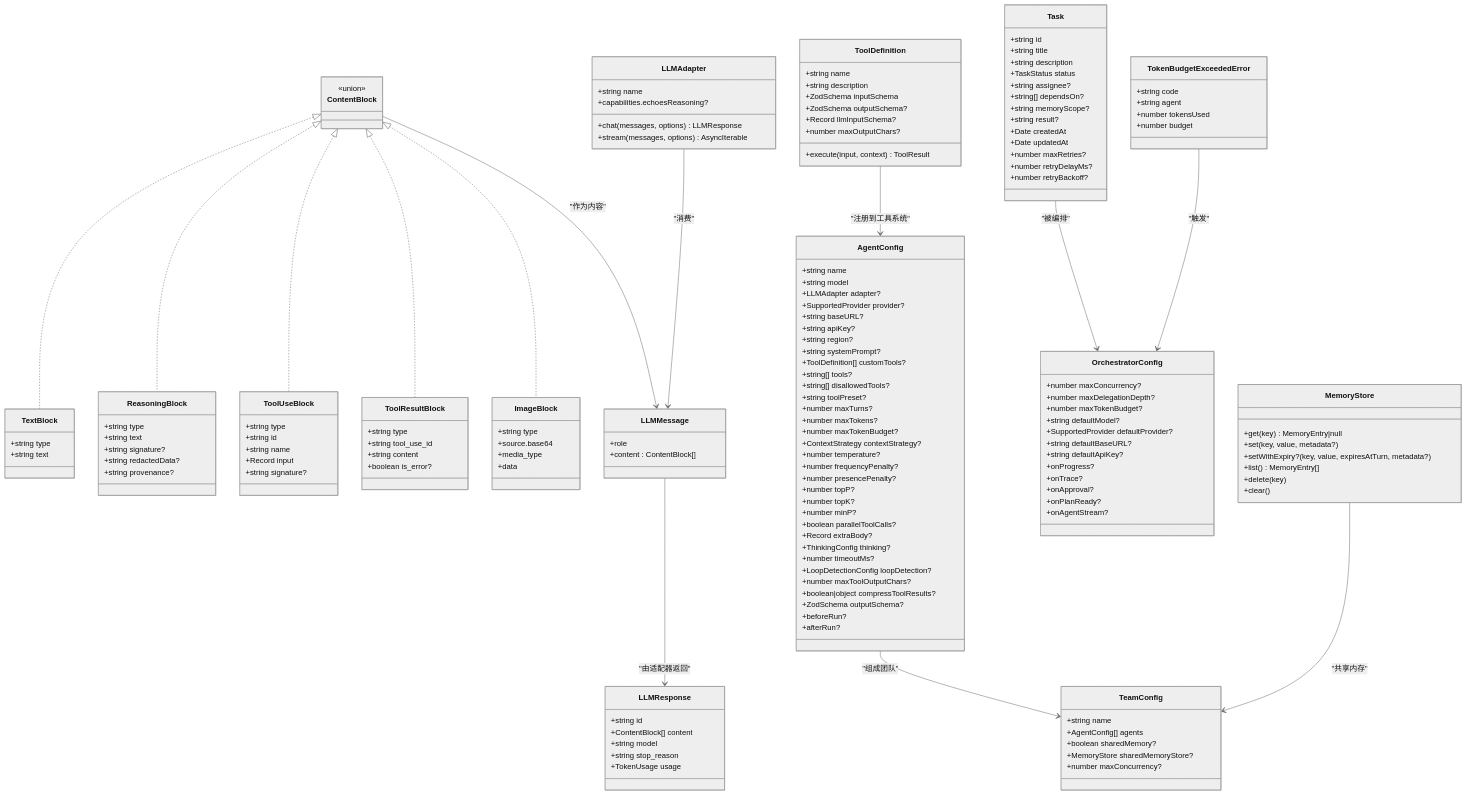
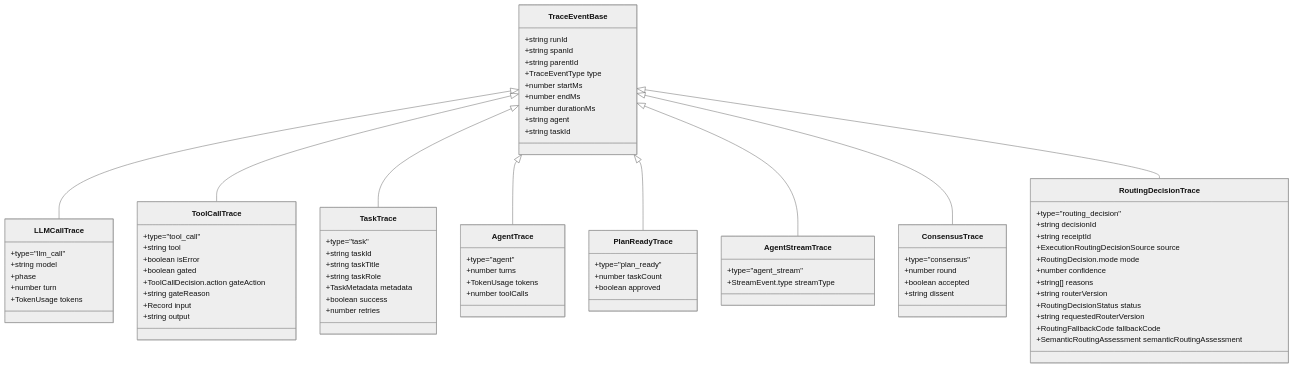
Before and after one commit to haolange/open-multi-agent: the sixth of 10 diagrams in .qoder/repowiki/zh/content/API 参考/类型定义.md, drawn with Mermaid (neutral theme). The commit also changed other lines of this file and 293 other files, not shown here.

````diff
--- a/.qoder/repowiki/zh/content/API 参考/类型定义.md
+++ b/.qoder/repowiki/zh/content/API 参考/类型定义.md
@@ -93,159 +233,83 @@
 ```mermaid
 classDiagram
-class ContentBlock {
-<<union>>
+class TraceEventBase {
++string runId
++string spanId
++string parentId
++TraceEventType type
++number startMs
++number endMs
++number durationMs
++string agent
++string taskId
 }
-class TextBlock {
-+string type
-+string text
+class LLMCallTrace {
++type="llm_call"
++string model
++phase
++number turn
++TokenUsage tokens
 }
-class ReasoningBlock {
-+string type
-+string text
-+string signature?
-+string redactedData?
-+string provenance?
+class ToolCallTrace {
++type="tool_call"
++string tool
++boolean isError
++boolean gated
++ToolCallDecision.action gateAction
++string gateReason
++Record input
++string output
 }
-class ToolUseBlock {
-+string type
-+string id
-+string name
-+Record input
-+string signature?
+class TaskTrace {
++type="task"
++string taskId
++string taskTitle
++string taskRole
++TaskMetadata metadata
++boolean success
++number retries
 }
-class ToolResultBlock {
-+string type
-+string tool_use_id
-+string content
-+boolean is_error?
+class AgentTrace {
++type="agent"
++number turns
++TokenUsage tokens
++number toolCalls
 }
-class ImageBlock {
-+string type
-+source.base64
-+media_type
-+data
+class PlanReadyTrace {
++type="plan_ready"
++number taskCount
++boolean approved
 }
-ContentBlock <|.. TextBlock
-ContentBlock <|.. ReasoningBlock
-ContentBlock <|.. ToolUseBlock
-ContentBlock <|.. ToolResultBlock
-ContentBlock <|.. ImageBlock
-class LLMMessage {
-+role
-+content : ContentBlock[]
+class AgentStreamTrace {
++type="agent_stream"
++StreamEvent.type streamType
 }
-class LLMResponse {
-+string id
-+ContentBlock[] content
-+string model
-+string stop_reason
-+TokenUsage usage
+class ConsensusTrace {
++type="consensus"
++number round
++boolean accepted
++string dissent
 }
-class ToolDefinition {
-+string name
-+string description
-+ZodSchema inputSchema
-+ZodSchema outputSchema?
-+Record llmInputSchema?
-+number maxOutputChars?
-+execute(input, context) ToolResult
+class RoutingDecisionTrace {
++type="routing_decision"
++string decisionId
++string receiptId
++ExecutionRoutingDecisionSource source
++RoutingDecision.mode mode
++number confidence
++string[] reasons
++string routerVersion
++RoutingDecisionStatus status
++string requestedRouterVersion
++RoutingFallbackCode fallbackCode
++SemanticRoutingAssessment semanticRoutingAssessment
 }
-class AgentConfig {
-+string name
-+string model
-+LLMAdapter adapter?
-+SupportedProvider provider?
-+string baseURL?
-+string apiKey?
-+string region?
-+string systemPrompt?
-+ToolDefinition[] customTools?
-+string[] tools?
-+string[] disallowedTools?
-+string toolPreset?
-+number maxTurns?
-+number maxTokens?
-+number maxTokenBudget?
-+ContextStrategy contextStrategy?
-+number temperature?
-+number frequencyPenalty?
-+number presencePenalty?
-+number topP?
-+number topK?
-+number minP?
-+boolean parallelToolCalls?
-+Record extraBody?
-+ThinkingConfig thinking?
-+number timeoutMs?
-+LoopDetectionConfig loopDetection?
-+number maxToolOutputChars?
-+boolean|object compressToolResults?
-+ZodSchema outputSchema?
-+beforeRun?
-+afterRun?
-}
-class TeamConfig {
-+string name
-+AgentConfig[] agents
-+boolean sharedMemory?
-+MemoryStore sharedMemoryStore?
-+number maxConcurrency?
-}
-class Task {
-+string id
-+string title
-+string description
-+TaskStatus status
-+string assignee?
-+string[] dependsOn?
-+string memoryScope?
-+string result?
-+Date createdAt
-+Date updatedAt
-+number maxRetries?
-+number retryDelayMs?
-+number retryBackoff?
-}
-class OrchestratorConfig {
-+number maxConcurrency?
-+number maxDelegationDepth?
-+number maxTokenBudget?
-+string defaultModel?
-+SupportedProvider defaultProvider?
-+string defaultBaseURL?
-+string defaultApiKey?
-+onProgress?
-+onTrace?
-+onApproval?
-+onPlanReady?
-+onAgentStream?
-}
-class LLMAdapter {
-+string name
-+chat(messages, options) LLMResponse
-+stream(messages, options) AsyncIterable<StreamEvent>
-+capabilities.echoesReasoning?
-}
-class MemoryStore {
-+get(key) MemoryEntry|null
-+set(key, value, metadata?)
-+setWithExpiry?(key, value, expiresAtTurn, metadata?)
-+list() MemoryEntry[]
-+delete(key)
-+clear()
-}
-class TokenBudgetExceededError {
-+string code
-+string agent
-+number tokensUsed
-+number budget
-}
-ContentBlock --> LLMMessage : "作为内容"
-LLMMessage --> LLMResponse : "由适配器返回"
-ToolDefinition --> AgentConfig : "注册到工具系统"
-AgentConfig --> TeamConfig : "组成团队"
-Task --> OrchestratorConfig : "被编排"
-LLMAdapter --> LLMMessage : "消费"
-MemoryStore --> TeamConfig : "共享内存"
-TokenBudgetExceededError --> OrchestratorConfig : "触发"
+TraceEventBase <|-- LLMCallTrace
+TraceEventBase <|-- ToolCallTrace
+TraceEventBase <|-- TaskTrace
+TraceEventBase <|-- AgentTrace
+TraceEventBase <|-- PlanReadyTrace
+TraceEventBase <|-- AgentStreamTrace
+TraceEventBase <|-- ConsensusTrace
+TraceEventBase <|-- RoutingDecisionTrace
 ```
````
